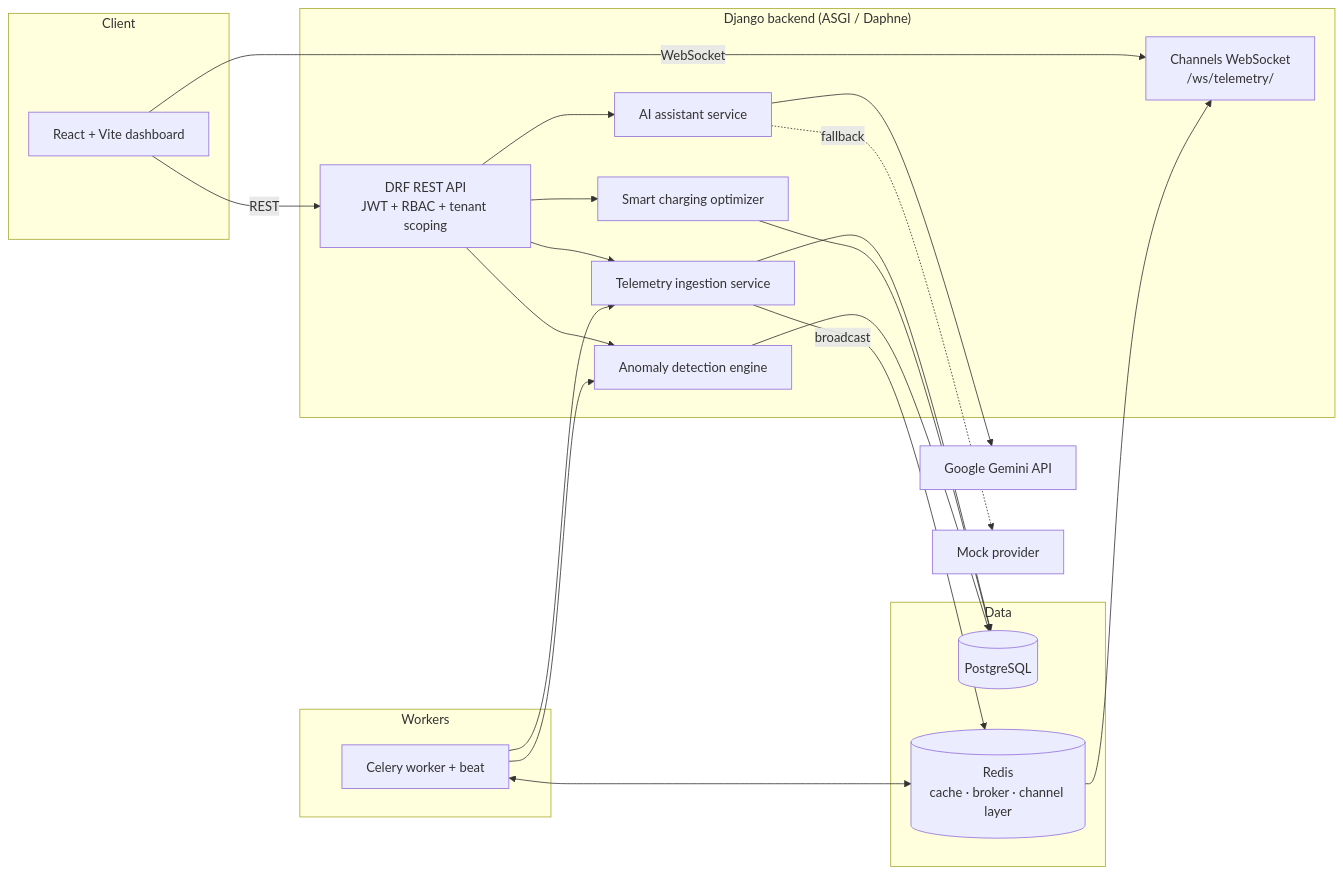
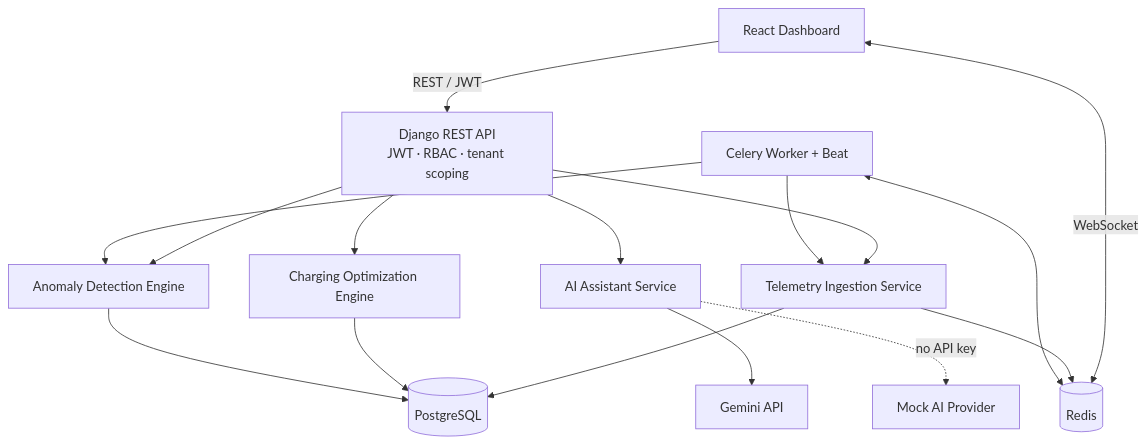
One commit to ShashankSingh2020/VoltFleet changed the diagram in README.md. Above: the diagram before and after it, drawn with Mermaid. The commit also changed other lines of this file, not shown here.

````diff
--- a/README.md
+++ b/README.md
@@ -102,38 +110,30 @@
 ```mermaid
-flowchart LR
-    subgraph Client
-        UI[React + Vite dashboard]
-    end
+flowchart TB
+    UI["React Dashboard"]
+    API["Django REST API<br/>JWT · RBAC · tenant scoping"]
+    ING["Telemetry Ingestion Service"]
+    OPT["Charging Optimization Engine"]
+    ANO["Anomaly Detection Engine"]
+    AI["AI Assistant Service"]
+    CEL["Celery Worker + Beat"]
+    PG[("PostgreSQL")]
+    RD[("Redis")]
+    GEM["Gemini API"]
+    MOCK["Mock AI Provider"]
 
-    subgraph Backend["Django backend (ASGI / Daphne)"]
-        API[DRF REST API<br/>JWT + RBAC + tenant scoping]
-        WS[Channels WebSocket<br/>/ws/telemetry/]
-        ING[Telemetry ingestion service]
-        OPT[Smart charging optimizer]
-        ANO[Anomaly detection engine]
-        AI[AI assistant service]
-    end
-
-    subgraph Workers
-        CEL[Celery worker + beat]
-    end
-
-    subgraph Data
-        PG[(PostgreSQL)]
-        RD[(Redis<br/>cache · broker · channel layer)]
-    end
-
-    GEM[Google Gemini API]
-
-    UI -- REST --> API
-    UI -- WebSocket --> WS
-    API --> ING --> PG
-    ING -- broadcast --> RD --> WS
-    API --> OPT --> PG
-    API --> ANO --> PG
-    API --> AI --> GEM
-    AI -. fallback .-> MOCK[Mock provider]
+    UI -->|REST / JWT| API
+    UI <-->|WebSocket| RD
+    API --> ING
+    API --> OPT
+    API --> ANO
+    API --> AI
+    ING --> PG
+    OPT --> PG
+    ANO --> PG
+    ING --> RD
     CEL --> ING
     CEL --> ANO
     CEL <--> RD
+    AI --> GEM
+    AI -. no API key .-> MOCK
 ```
````
